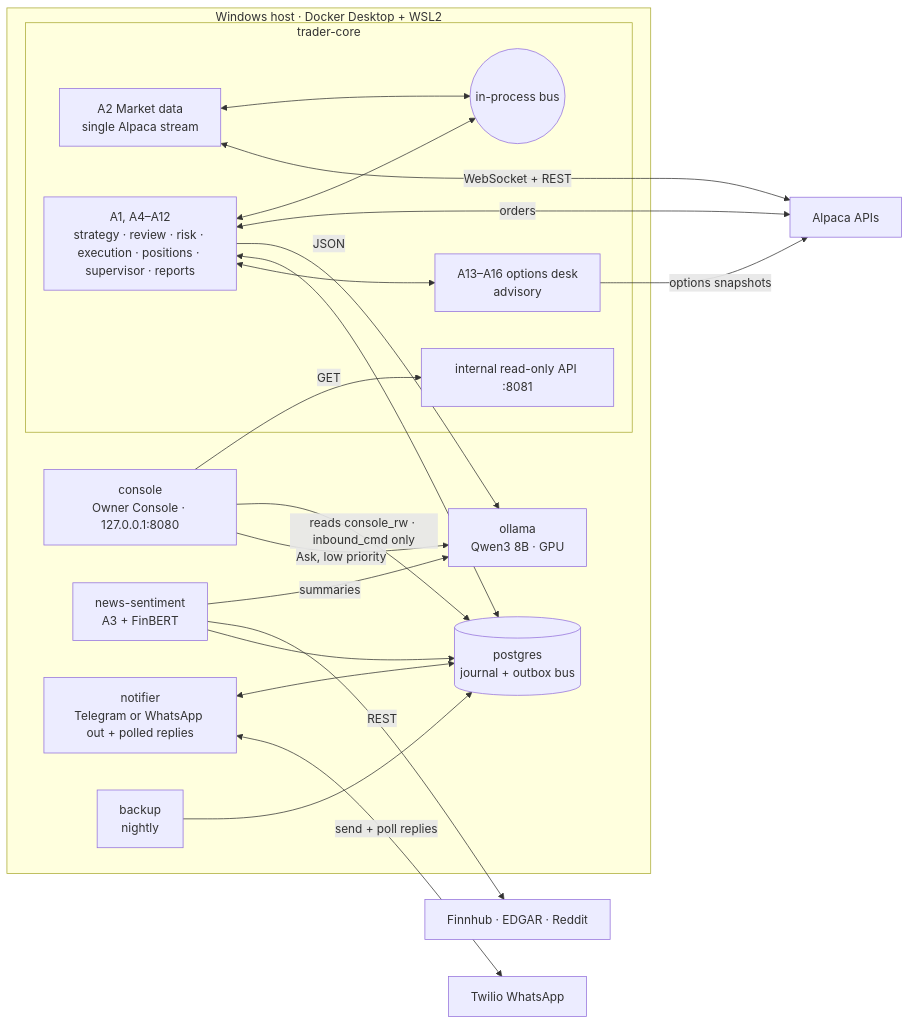
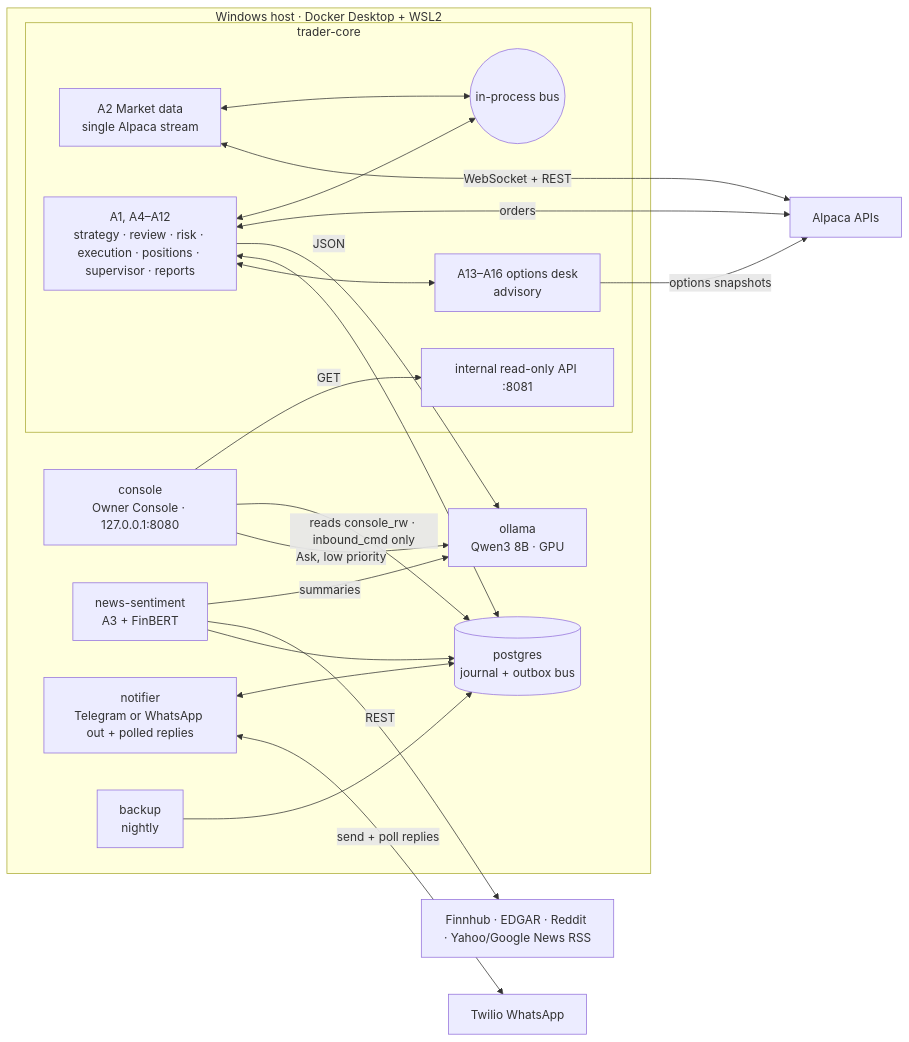
One commit to sbittla/agentic-ai-trading-system changed the first of 3 diagrams in docs/ARCHITECTURE.md. Above: the diagram before and after it, drawn with Mermaid. The commit also changed other lines of this file and 27 other files, not shown here.

````diff
--- a/docs/ARCHITECTURE.md
+++ b/docs/ARCHITECTURE.md
@@ -11,39 +11,39 @@
 ```mermaid
 flowchart LR
     subgraph Host["Windows host · Docker Desktop + WSL2"]
         subgraph core["trader-core"]
             A2[A2 Market data<br/>single Alpaca stream]
             BUS((in-process bus))
             DEC[A1, A4–A12<br/>strategy · review · risk · execution · positions · supervisor · reports]
             OPT[A13–A16 options desk<br/>advisory]
             API[internal read-only API :8081]
         end
         CON[console<br/>Owner Console · 127.0.0.1:8080]
         NEWS[news-sentiment<br/>A3 + FinBERT]
         NOTI[notifier<br/>Telegram or WhatsApp out + polled replies]
         OLL[ollama<br/>Qwen3 8B · GPU]
         PG[(postgres<br/>journal + outbox bus)]
         BK[backup<br/>nightly]
     end
     ALP[Alpaca APIs]
-    EXT[Finnhub · EDGAR · Reddit]
+    EXT[Finnhub · EDGAR · Reddit · Yahoo/Google News RSS]
     TW[Twilio WhatsApp]
 
     A2 <--> BUS
     DEC <--> BUS
     A2 <-->|WebSocket + REST| ALP
     DEC <-->|orders| ALP
     DEC -->|JSON| OLL
     NEWS -->|summaries| OLL
     NEWS -->|REST| EXT
     NEWS --> PG
     DEC <--> PG
     NOTI <--> PG
     NOTI <-->|send + poll replies| TW
     BK --> PG
     DEC <--> OPT
     OPT -->|options snapshots| ALP
     CON -->|reads console_rw · inbound_cmd only| PG
     CON -->|GET| API
     CON -->|Ask, low priority| OLL
 ```
````
